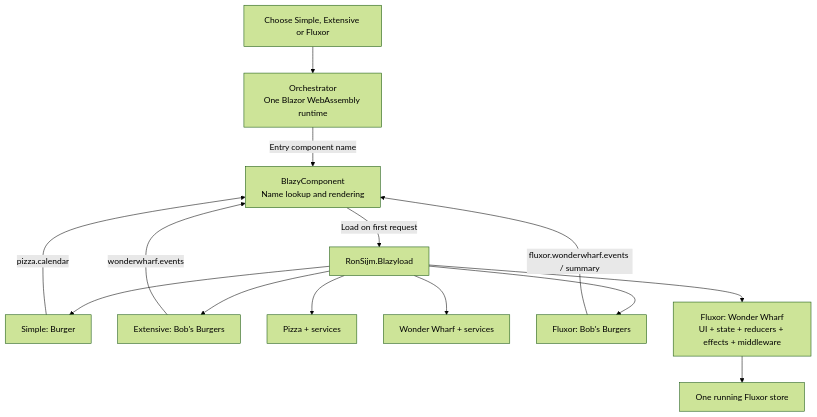
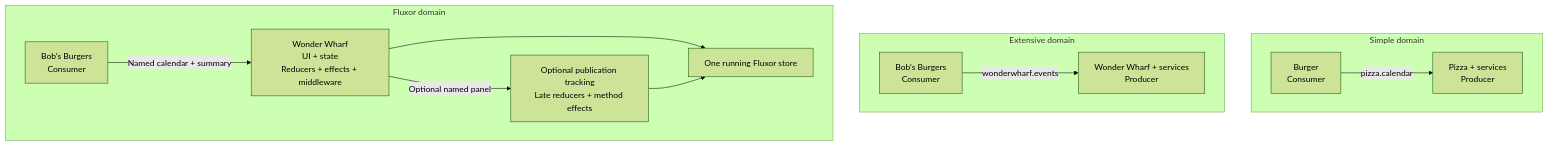
Before and after one commit to RonSijm/RonSijm.Blazyload.Components: the second of 2 diagrams in Examples/README.md, drawn with Mermaid (forest theme). The commit also changed other lines of this file and 35 other files, not shown here.

````diff
--- a/Examples/README.md
+++ b/Examples/README.md
@@ -69,16 +88,25 @@
 ```mermaid
 flowchart TB
-    navigation["Choose Simple, Extensive or Fluxor"] --> host["Orchestrator<br/>One Blazor WebAssembly runtime"]
-    host -->|"Entry component name"| components["BlazyComponent<br/>Name lookup and rendering"]
-    components -->|"Load on first request"| loader["RonSijm.Blazyload"]
-    loader --> burger["Simple: Burger"]
-    loader --> restaurant["Extensive: Bob's Burgers"]
-    burger -->|"pizza.calendar"| components
-    restaurant -->|"wonderwharf.events"| components
-    loader --> pizza["Pizza + services"]
-    loader --> wharf["Wonder Wharf + services"]
-    loader --> fluxorbob["Fluxor: Bob's Burgers"]
-    fluxorbob -->|"fluxor.wonderwharf.events / summary"| components
-    loader --> fluxorwharf["Fluxor: Wonder Wharf<br/>UI + state + reducers + effects + middleware"]
-    fluxorwharf --> store["One running Fluxor store"]
+    subgraph simple["Simple domain"]
+        burger["Burger<br/>Consumer"]
+        pizza["Pizza + services<br/>Producer"]
+        burger -->|"pizza.calendar"| pizza
+    end
+
+    subgraph extensive["Extensive domain"]
+        restaurant["Bob's Burgers<br/>Consumer"]
+        wharf["Wonder Wharf + services<br/>Producer"]
+        restaurant -->|"wonderwharf.events"| wharf
+    end
+
+    subgraph fluxor["Fluxor domain"]
+        fluxorbob["Bob's Burgers<br/>Consumer"]
+        fluxorwharf["Wonder Wharf<br/>UI + state<br/>Reducers + effects + middleware"]
+        tracking["Optional publication tracking<br/>Late reducers + method effects"]
+        store["One running Fluxor store"]
+        fluxorbob -->|"Named calendar + summary"| fluxorwharf
+        fluxorwharf -->|"Optional named panel"| tracking
+        fluxorwharf --> store
+        tracking --> store
+    end
 ```
````
